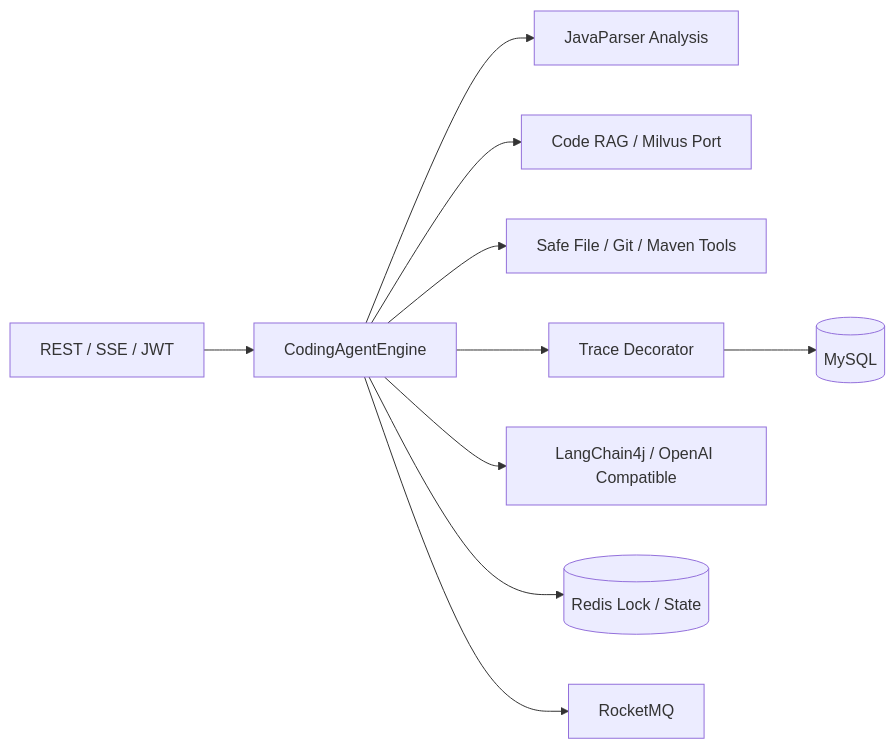
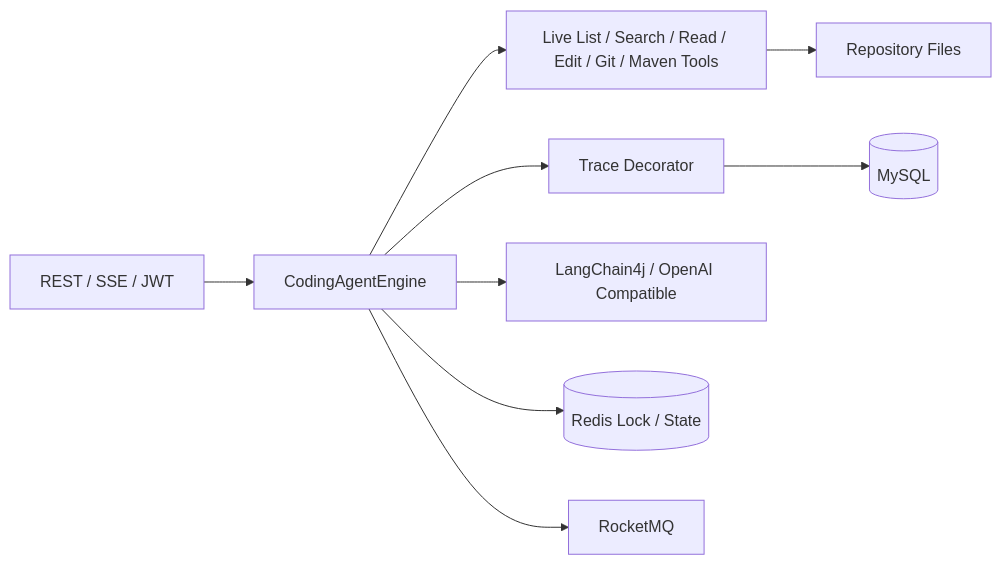
One commit to F070206/java-coding-agents changed the first of 2 diagrams in README.md. Above: the diagram before and after it, drawn with Mermaid. The commit also changed other lines of this file and 23 other files, not shown here.

Commit message:
feat: execute tasks with live workspace tools and add Windows launchers

````diff
--- a/README.md
+++ b/README.md
@@ -16,12 +16,11 @@
 ```mermaid
 flowchart LR
   API["REST / SSE / JWT"] --> CORE["CodingAgentEngine"]
-  CORE --> ANALYSIS["JavaParser Analysis"]
-  CORE --> RAG["Code RAG / Milvus Port"]
-  CORE --> TOOLS["Safe File / Git / Maven Tools"]
+  CORE --> TOOLS["Live List / Search / Read / Edit / Git / Maven Tools"]
+  TOOLS --> WORKSPACE["Repository Files"]
   CORE --> TRACE["Trace Decorator"]
   CORE --> LLM["LangChain4j / OpenAI Compatible"]
   TRACE --> MYSQL[("MySQL")]
   CORE --> REDIS[("Redis Lock / State")]
   CORE --> MQ["RocketMQ"]
 ```
````
